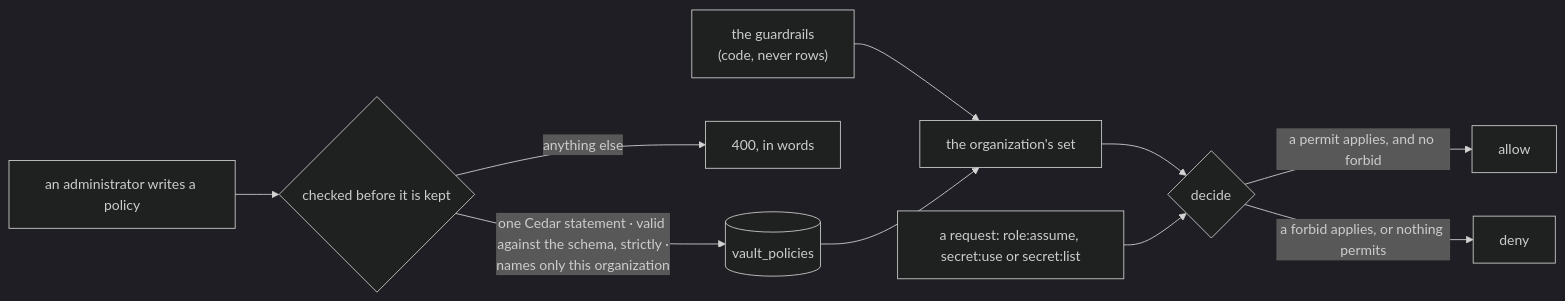
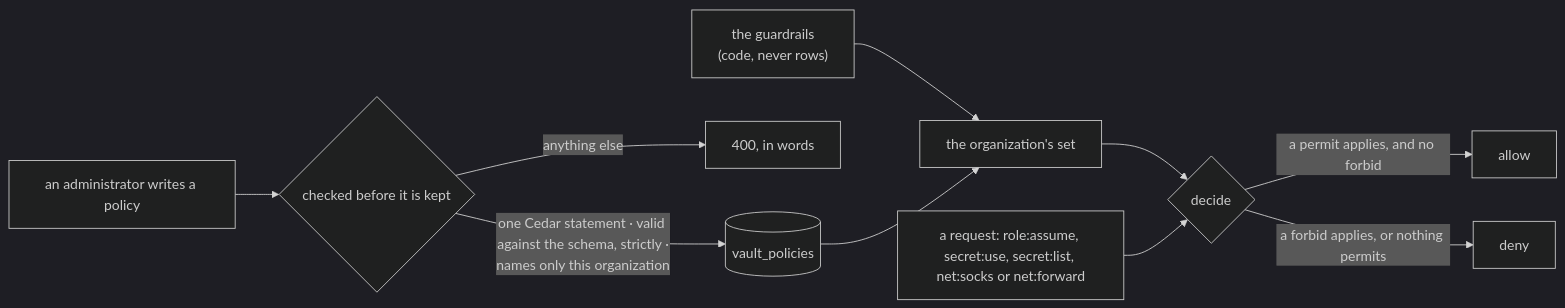
Before and after one commit to gjovanov/roomler-ai: the second of 25 diagrams in docs/vault.md, drawn with Mermaid (dark theme). The commit also changed other lines of this file and 6 other files, not shown here.

````diff
--- a/docs/vault.md
+++ b/docs/vault.md
@@ -247,12 +249,12 @@
 ```mermaid
 flowchart LR
     W["an administrator writes a policy"] --> C{"checked before it is kept"}
     C -->|"one Cedar statement · valid against the schema, strictly ·<br/>names only this organization"| S[("vault_policies")]
     C -->|"anything else"| R["400, in words"]
     G["the guardrails<br/>(code, never rows)"] --> SET["the organization's set"]
     S --> SET
     SET --> D{"decide"}
-    Q["a request: role:assume, secret:use or secret:list"] --> D
+    Q["a request: role:assume, secret:use, secret:list, net:socks or net:forward"] --> D
     D -->|"a permit applies, and no forbid"| A["allow"]
     D -->|"a forbid applies, or nothing permits"| N["deny"]
 ```
````
